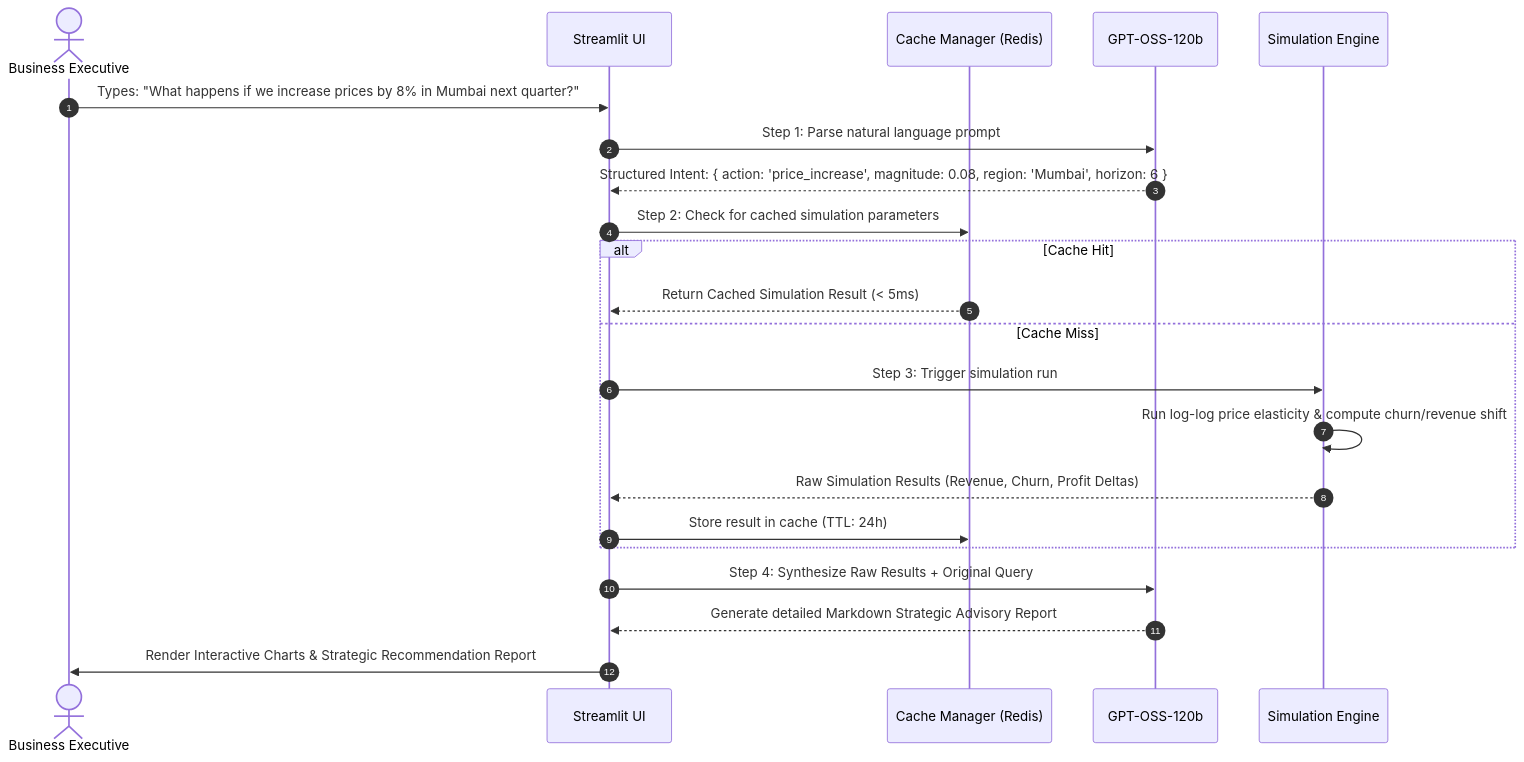
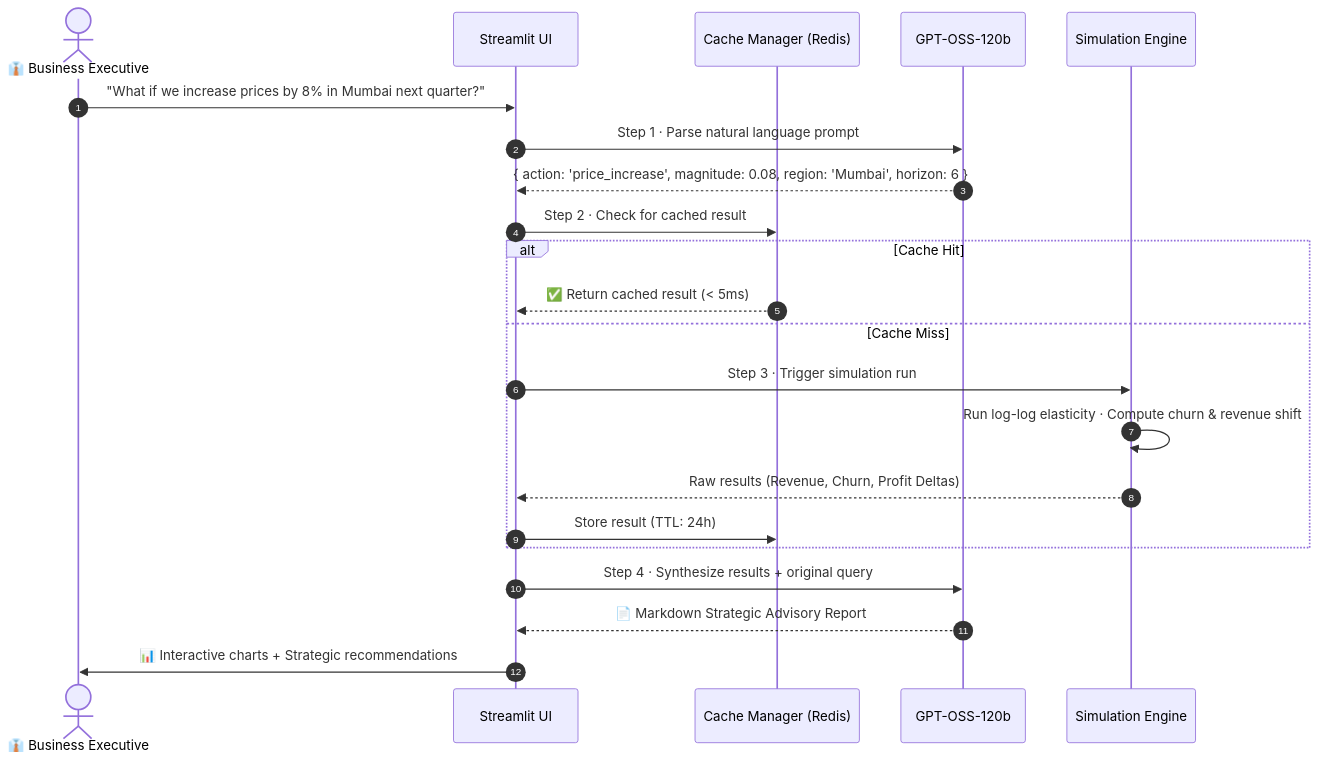
Before and after one commit to TaneshG13/AI-Powered-Business-Experimentation-and-Decision-Simulator: the second of 2 diagrams in README.md, drawn with Mermaid. The commit also changed other lines of this file, not shown here.

````diff
--- a/README.md
+++ b/README.md
@@ -55,27 +85,27 @@
 ```mermaid
 sequenceDiagram
     autonumber
-    actor Exec as Business Executive
+    actor Exec as 👔 Business Executive
     participant UI as Streamlit UI
     participant Cache as Cache Manager (Redis)
     participant LLM as GPT-OSS-120b
     participant Sim as Simulation Engine
 
-    Exec->>UI: Types: "What happens if we increase prices by 8% in Mumbai next quarter?"
-    UI->>LLM: Step 1: Parse natural language prompt
-    LLM-->>UI: Structured Intent: { action: 'price_increase', magnitude: 0.08, region: 'Mumbai', horizon: 6 }
-    
-    UI->>Cache: Step 2: Check for cached simulation parameters
+    Exec->>UI: "What if we increase prices by 8% in Mumbai next quarter?"
+    UI->>LLM: Step 1 · Parse natural language prompt
+    LLM-->>UI: { action: 'price_increase', magnitude: 0.08, region: 'Mumbai', horizon: 6 }
+
+    UI->>Cache: Step 2 · Check for cached result
     alt Cache Hit
-        Cache-->>UI: Return Cached Simulation Result (< 5ms)
+        Cache-->>UI: ✅ Return cached result (< 5ms)
     else Cache Miss
-        UI->>Sim: Step 3: Trigger simulation run
-        Sim->>Sim: Run log-log price elasticity & compute churn/revenue shift
-        Sim-->>UI: Raw Simulation Results (Revenue, Churn, Profit Deltas)
-        UI->>Cache: Store result in cache (TTL: 24h)
+        UI->>Sim: Step 3 · Trigger simulation run
+        Sim->>Sim: Run log-log elasticity · Compute churn & revenue shift
+        Sim-->>UI: Raw results (Revenue, Churn, Profit Deltas)
+        UI->>Cache: Store result (TTL: 24h)
     end
 
-    UI->>LLM: Step 4: Synthesize Raw Results + Original Query
-    LLM-->>UI: Generate detailed Markdown Strategic Advisory Report
-    UI->>Exec: Render Interactive Charts & Strategic Recommendation Report
+    UI->>LLM: Step 4 · Synthesize results + original query
+    LLM-->>UI: 📄 Markdown Strategic Advisory Report
+    UI->>Exec: 📊 Interactive charts + Strategic recommendations
 ```
````
